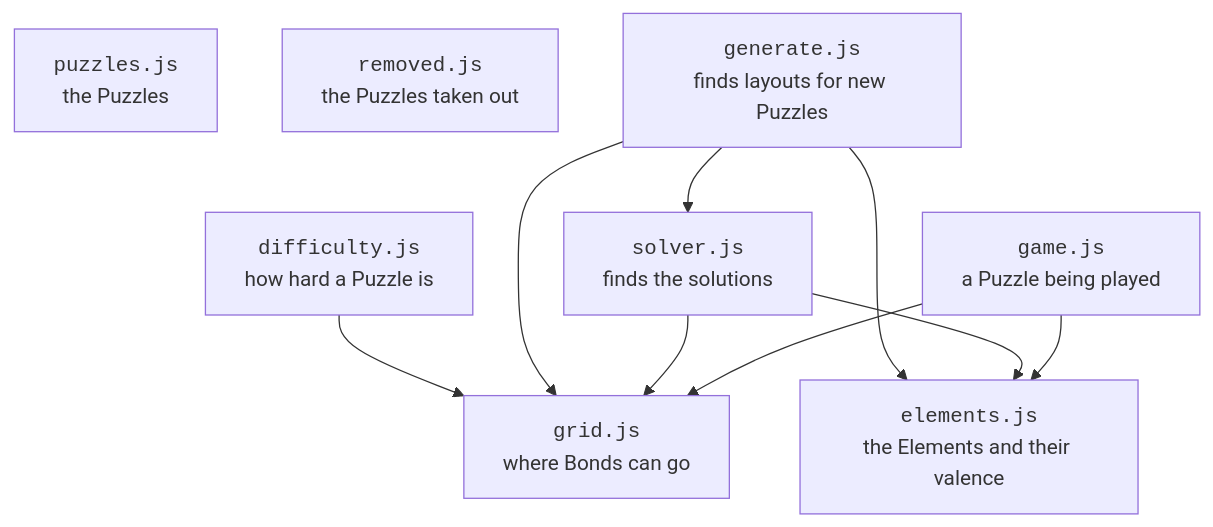
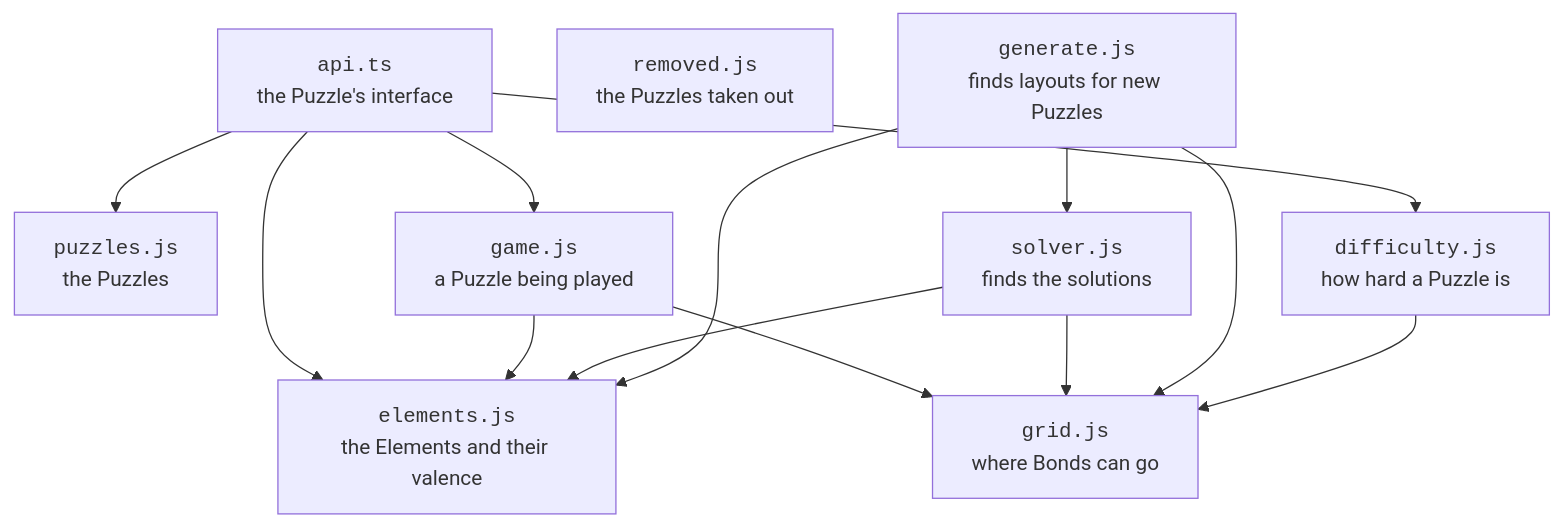
Before and after one commit to treetopbottle/molecuzzle: the second of 2 diagrams in docs/architecture.md, drawn with Mermaid. The commit also changed other lines of this file and 1 other file, not shown here.

Commit message:
docs: the architecture has each component's api.ts and the Glue's AppDeps, and the UI's diagram has its imports right

````diff
--- a/docs/architecture.md
+++ b/docs/architecture.md
@@ -40,20 +48,25 @@
 ```mermaid
 flowchart TD
+  api["<code>api.ts</code><br/>the Puzzle's interface"]
   puzzles["<code>puzzles.js</code><br/>the Puzzles"]
   removed["<code>removed.js</code><br/>the Puzzles taken out"]
   game["<code>game.js</code><br/>a Puzzle being played"]
   solver["<code>solver.js</code><br/>finds the solutions"]
   gen["<code>generate.js</code><br/>finds layouts for new Puzzles"]
   diff["<code>difficulty.js</code><br/>how hard a Puzzle is"]
   grid["<code>grid.js</code><br/>where Bonds can go"]
   elements["<code>elements.js</code><br/>the Elements and their valence"]
 
+  api --> puzzles
+  api --> game
+  api --> elements
+  api --> diff
   game --> elements
   game --> grid
   solver --> elements
   solver --> grid
   gen --> grid
   gen --> elements
   gen --> solver
   diff --> grid
 ```
````
